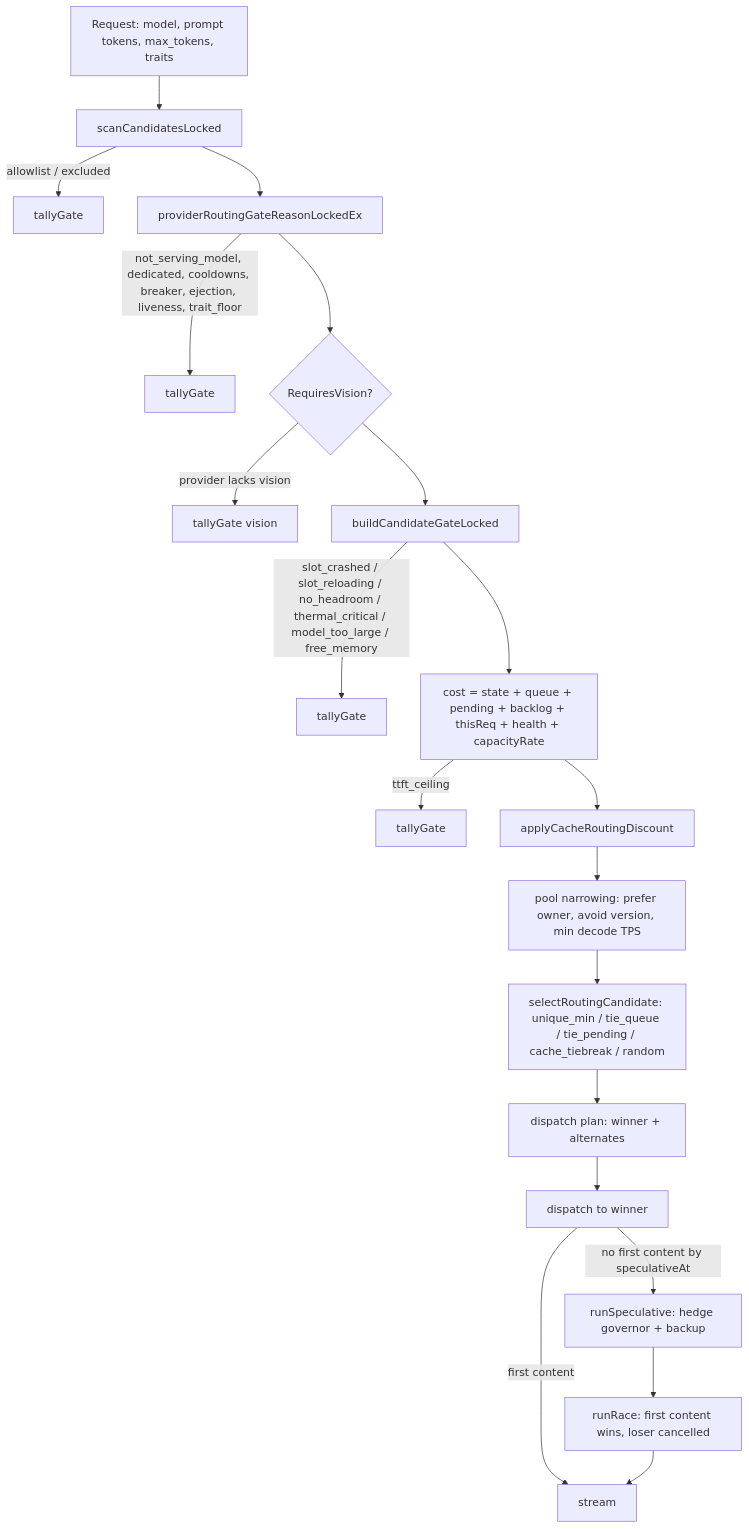
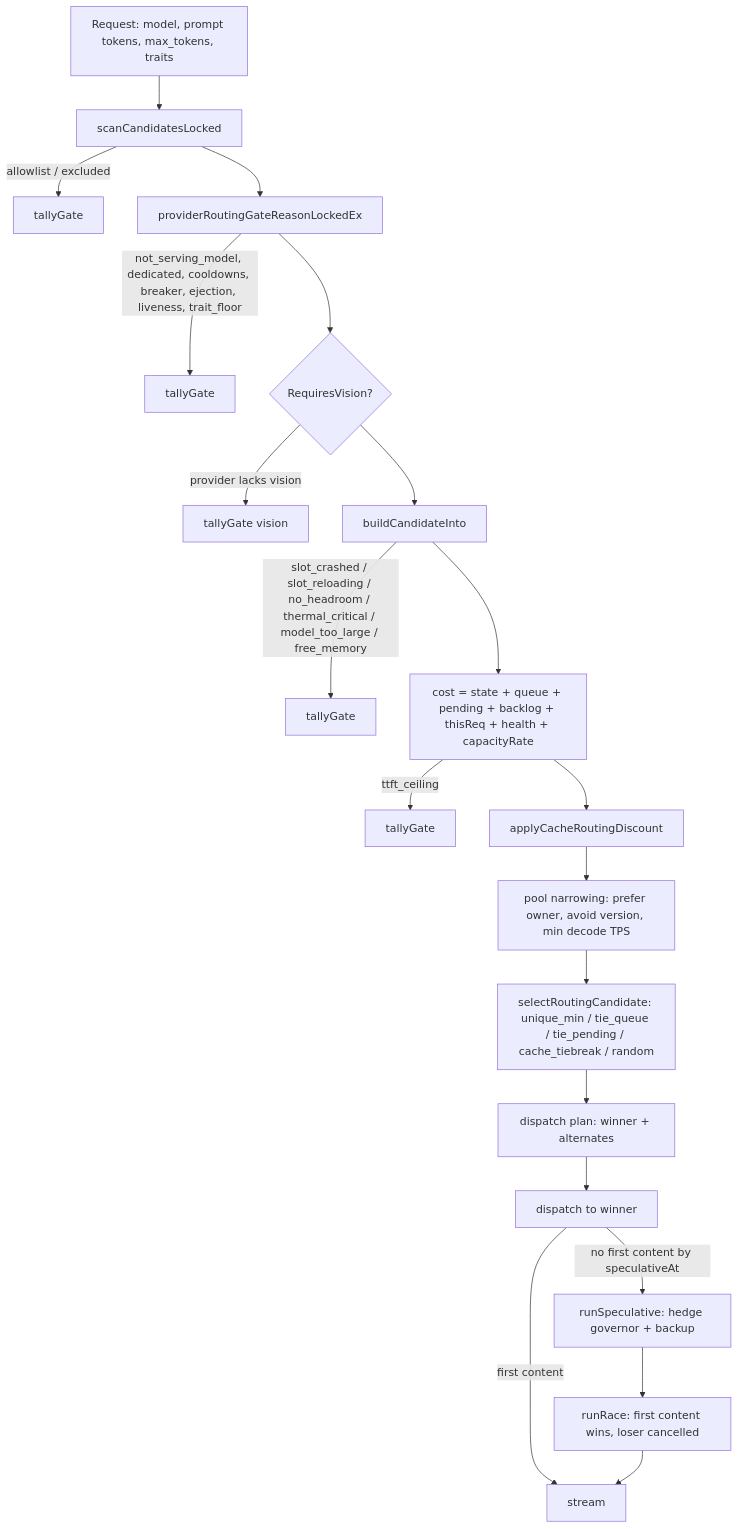
The diagram in docs/architecture/routing.md (Layr-Labs/d-inference), drawn with Mermaid before and after one commit. The commit also changed other lines of this file and 79 other files, not shown here.

````diff
--- a/docs/architecture/routing.md
+++ b/docs/architecture/routing.md
@@ -64,22 +65,22 @@
 ```mermaid
 flowchart TD
     R[Request: model, prompt tokens, max_tokens, traits] --> S[scanCandidatesLocked]
     S -->|allowlist / excluded| X1[tallyGate]
     S --> G[providerRoutingGateReasonLockedEx]
     G -->|not_serving_model, dedicated, cooldowns, breaker, ejection, liveness, trait_floor| X2[tallyGate]
     G --> V{RequiresVision?}
     V -->|provider lacks vision| X3[tallyGate vision]
-    V --> B[buildCandidateGateLocked]
+    V --> B[buildCandidateInto]
     B -->|slot_crashed / slot_reloading / no_headroom / thermal_critical / model_too_large / free_memory| X4[tallyGate]
     B --> C[cost = state + queue + pending + backlog + thisReq + health + capacityRate]
     C -->|ttft_ceiling| X5[tallyGate]
     C --> D[applyCacheRoutingDiscount]
     D --> P[pool narrowing: prefer owner, avoid version, min decode TPS]
     P --> SEL[selectRoutingCandidate: unique_min / tie_queue / tie_pending / cache_tiebreak / random]
     SEL --> PLAN[dispatch plan: winner + alternates]
     PLAN --> DISP[dispatch to winner]
     DISP -->|no first content by speculativeAt| H[runSpeculative: hedge governor + backup]
     H --> RACE[runRace: first content wins, loser cancelled]
     DISP -->|first content| OK[stream]
     RACE --> OK
 ```
````
